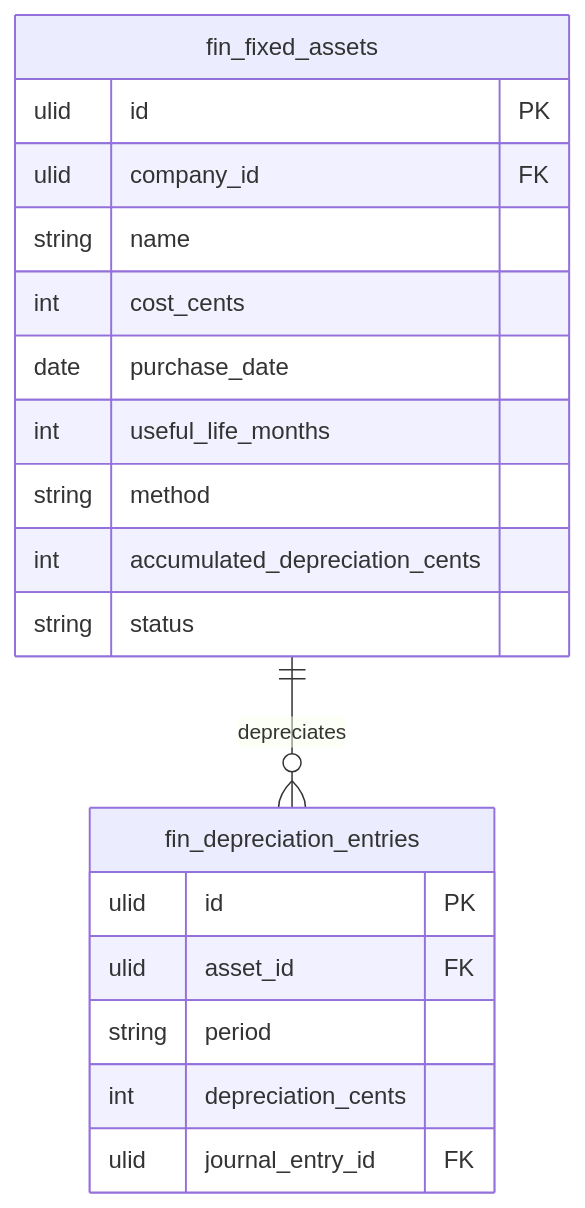
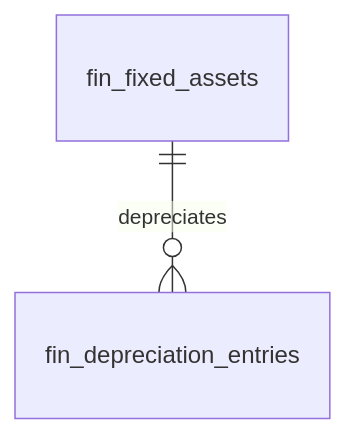
The diagram in vault/domains/finance/fixed-assets.md (Max-Nijenkamp/FlowFlex), drawn with Mermaid before and after one commit. The commit also changed other lines of this file and 14 other files, not shown here.

````diff
--- a/vault/domains/finance/fixed-assets.md
+++ b/vault/domains/finance/fixed-assets.md
@@ -32,22 +80,4 @@
 ```mermaid
 erDiagram
-    fin_fixed_assets {
-        ulid id PK
-        ulid company_id FK
-        string name
-        int cost_cents
-        date purchase_date
-        int useful_life_months
-        string method
-        int accumulated_depreciation_cents
-        string status
-    }
-    fin_depreciation_entries {
-        ulid id PK
-        ulid asset_id FK
-        string period
-        int depreciation_cents
-        ulid journal_entry_id FK
-    }
     fin_fixed_assets ||--o{ fin_depreciation_entries : "depreciates"
 ```
````
